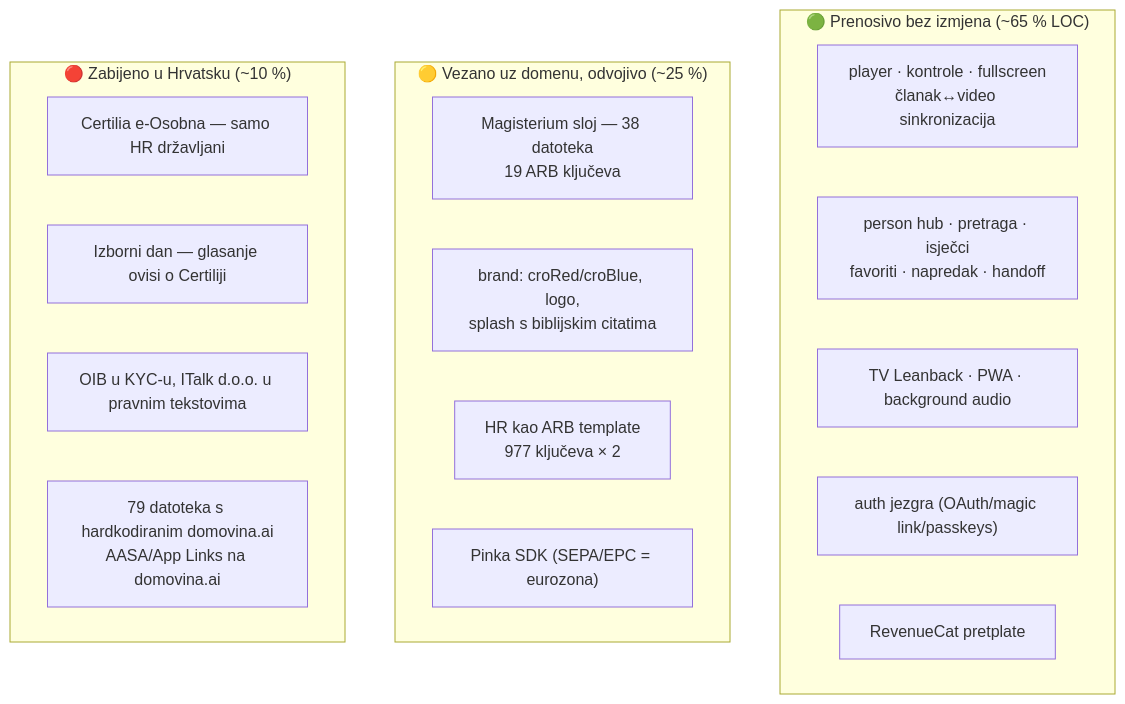
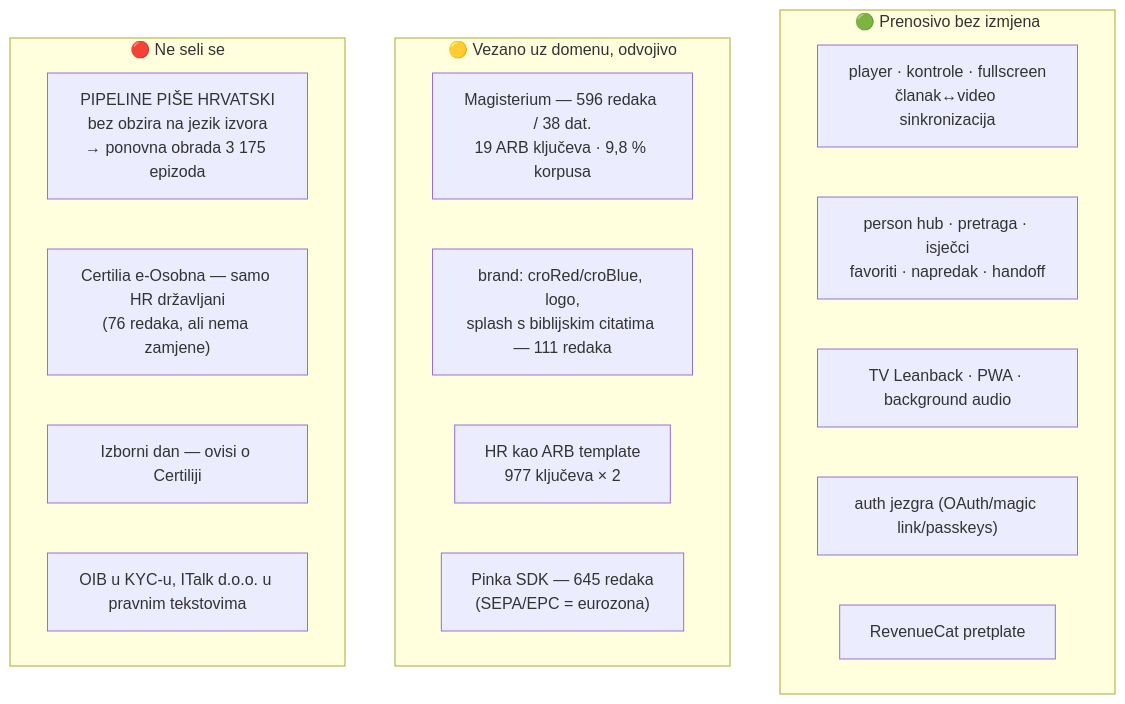
One commit to domovinatv/ai.domovina.tv changed the second of 2 diagrams in docs/podcasterium_analysis_report.md. Above: the diagram before and after it, drawn with Mermaid. The commit also changed other lines of this file and 3 other files, not shown here.

````diff
--- a/docs/podcasterium_analysis_report.md
+++ b/docs/podcasterium_analysis_report.md
@@ -127,22 +191,22 @@
 ```mermaid
 flowchart TB
-    subgraph G["🟢 Prenosivo bez izmjena (~65 % LOC)"]
+    subgraph G["🟢 Prenosivo bez izmjena"]
         G1["player · kontrole · fullscreen<br/>članak↔video sinkronizacija"]
         G2["person hub · pretraga · isječci<br/>favoriti · napredak · handoff"]
         G3["TV Leanback · PWA · background audio"]
         G4["auth jezgra (OAuth/magic link/passkeys)"]
         G5["RevenueCat pretplate"]
     end
-    subgraph Y["🟡 Vezano uz domenu, odvojivo (~25 %)"]
-        Y1["Magisterium sloj — 38 datoteka<br/>19 ARB ključeva"]
-        Y2["brand: croRed/croBlue, logo,<br/>splash s biblijskim citatima"]
+    subgraph Y["🟡 Vezano uz domenu, odvojivo"]
+        Y1["Magisterium — 596 redaka / 38 dat.<br/>19 ARB ključeva · 9,8 % korpusa"]
+        Y2["brand: croRed/croBlue, logo,<br/>splash s biblijskim citatima — 111 redaka"]
         Y3["HR kao ARB template<br/>977 ključeva × 2"]
-        Y4["Pinka SDK (SEPA/EPC = eurozona)"]
+        Y4["Pinka SDK — 645 redaka<br/>(SEPA/EPC = eurozona)"]
     end
-    subgraph R["🔴 Zabijeno u Hrvatsku (~10 %)"]
-        R1["Certilia e-Osobna — samo HR državljani"]
-        R2["Izborni dan — glasanje ovisi o Certiliji"]
-        R3["OIB u KYC-u, ITalk d.o.o. u pravnim tekstovima"]
-        R4["79 datoteka s hardkodiranim domovina.ai<br/>AASA/App Links na domovina.ai"]
+    subgraph R["🔴 Ne seli se"]
+        R1["PIPELINE PIŠE HRVATSKI<br/>bez obzira na jezik izvora<br/>→ ponovna obrada 3 175 epizoda"]
+        R2["Certilia e-Osobna — samo HR državljani<br/>(76 redaka, ali nema zamjene)"]
+        R3["Izborni dan — ovisi o Certiliji"]
+        R4["OIB u KYC-u, ITalk d.o.o. u pravnim tekstovima"]
     end
 ```
````
